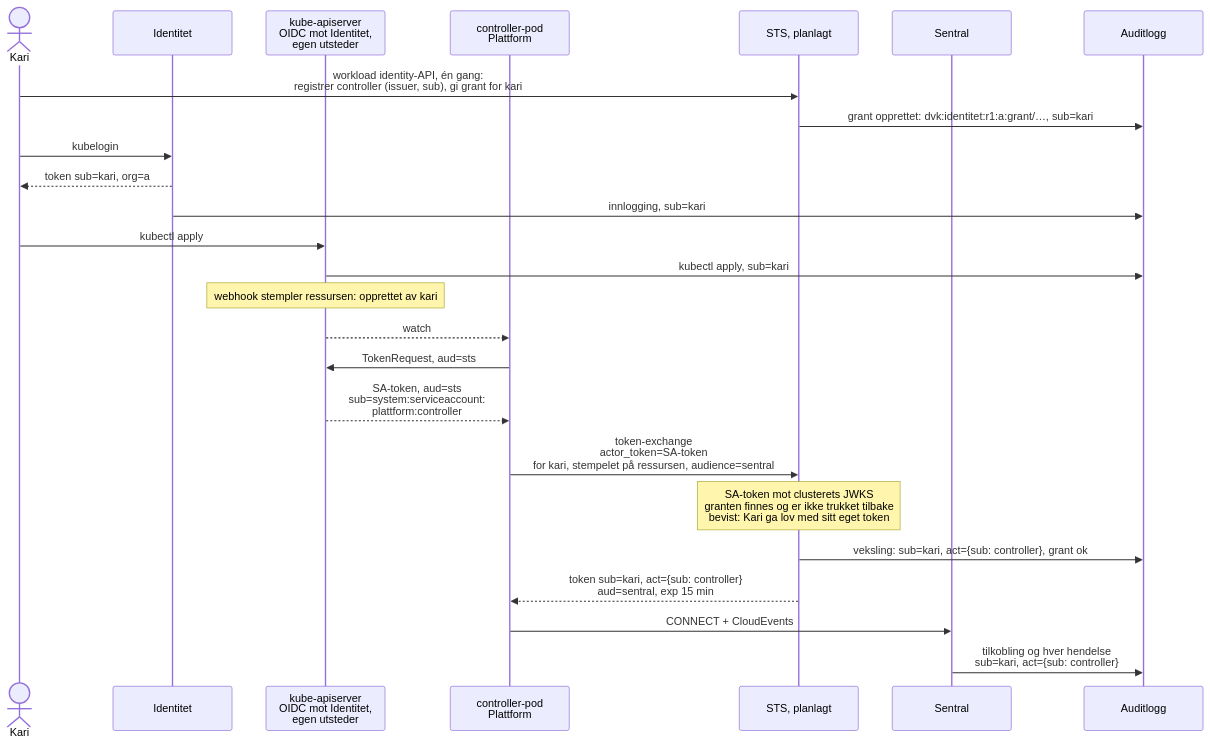
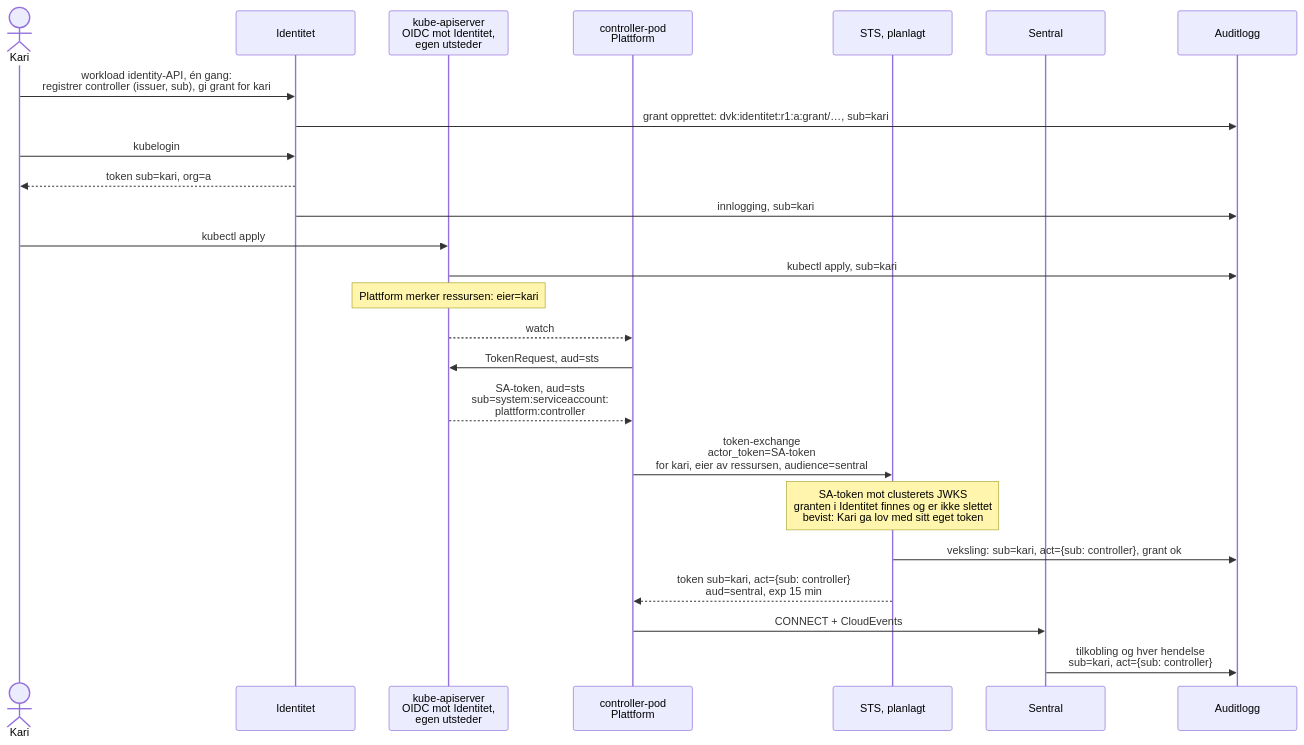
One commit to dataverket-org/org changed the sixth of 7 diagrams in docs/arrangement/2026-10-14-containerkonferansen/foredrag.md. Above: the diagram before and after it, drawn with Mermaid. The commit also changed other lines of this file and 3 other files, not shown here.

First line of the commit message:
docs/arrangement/containerkonferansen: eier i stedet for stempel, granten opprettes i Identitet

````diff
--- a/docs/arrangement/2026-10-14-containerkonferansen/foredrag.md
+++ b/docs/arrangement/2026-10-14-containerkonferansen/foredrag.md
@@ -373,28 +370,28 @@
 ```mermaid
 %%{init: {"handDrawnSeed": 1, "sequence": {"width": 175}}}%%
 sequenceDiagram
   actor M as Kari
   participant Z as Identitet
   participant A as kube-apiserver<br/>OIDC mot Identitet,<br/>egen utsteder
   participant PC as controller-pod<br/>Plattform
   participant STS as STS, planlagt
   participant N as Sentral
   participant L as Auditlogg
-  M->>STS: workload identity-API, én gang:<br/>registrer controller (issuer, sub), gi grant for kari
-  STS->>L: grant opprettet: dvk:identitet:r1:a:grant/…, sub=kari
+  M->>Z: workload identity-API, én gang:<br/>registrer controller (issuer, sub), gi grant for kari
+  Z->>L: grant opprettet: dvk:identitet:r1:a:grant/…, sub=kari
   M->>Z: kubelogin
   Z-->>M: token sub=kari, org=a
   Z->>L: innlogging, sub=kari
   M->>A: kubectl apply
   A->>L: kubectl apply, sub=kari
-  Note over A: webhook stempler ressursen: opprettet av kari
+  Note over A: Plattform merker ressursen: eier=kari
   A-->>PC: watch
   PC->>A: TokenRequest, aud=sts
   A-->>PC: SA-token, aud=sts<br/>sub=system:serviceaccount:<br/>plattform:controller
-  PC->>STS: token-exchange<br/>actor_token=SA-token<br/>for kari, stempelet på ressursen, audience=sentral
-  Note over STS: SA-token mot clusterets JWKS<br/>granten finnes og er ikke trukket tilbake<br/>bevist: Kari ga lov med sitt eget token
+  PC->>STS: token-exchange<br/>actor_token=SA-token<br/>for kari, eier av ressursen, audience=sentral
+  Note over STS: SA-token mot clusterets JWKS<br/>granten i Identitet finnes og er ikke slettet<br/>bevist: Kari ga lov med sitt eget token
   STS->>L: veksling: sub=kari, act={sub: controller}, grant ok
   STS-->>PC: token sub=kari, act={sub: controller}<br/>aud=sentral, exp 15 min
   PC->>N: CONNECT + CloudEvents
   N->>L: tilkobling og hver hendelse<br/>sub=kari, act={sub: controller}
 ```
````
